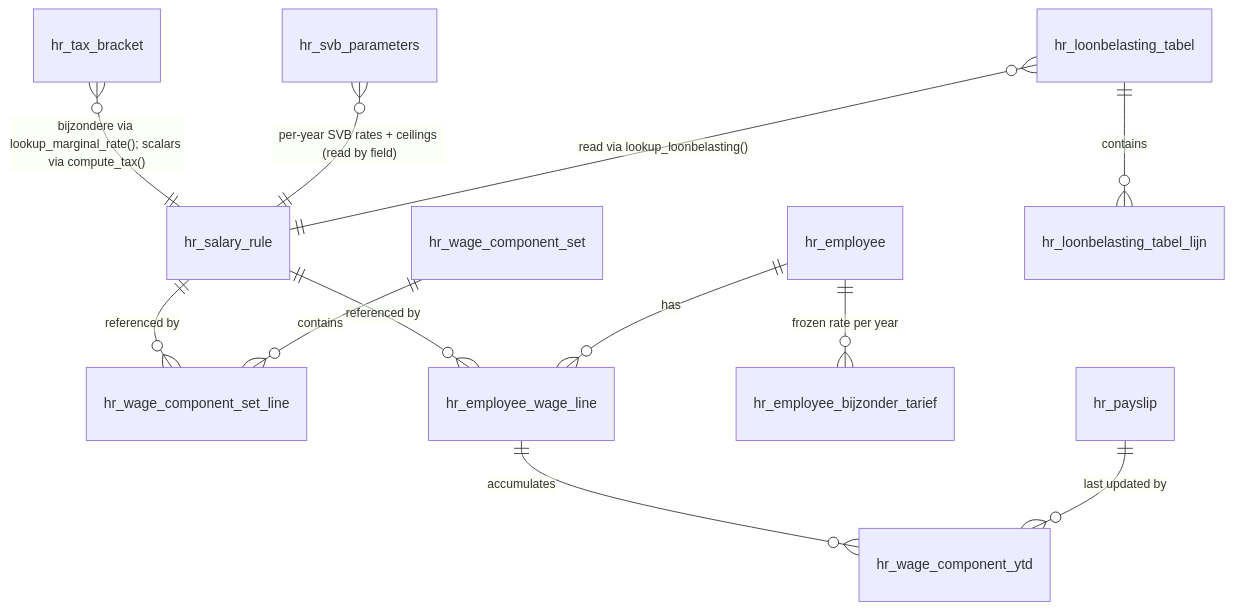
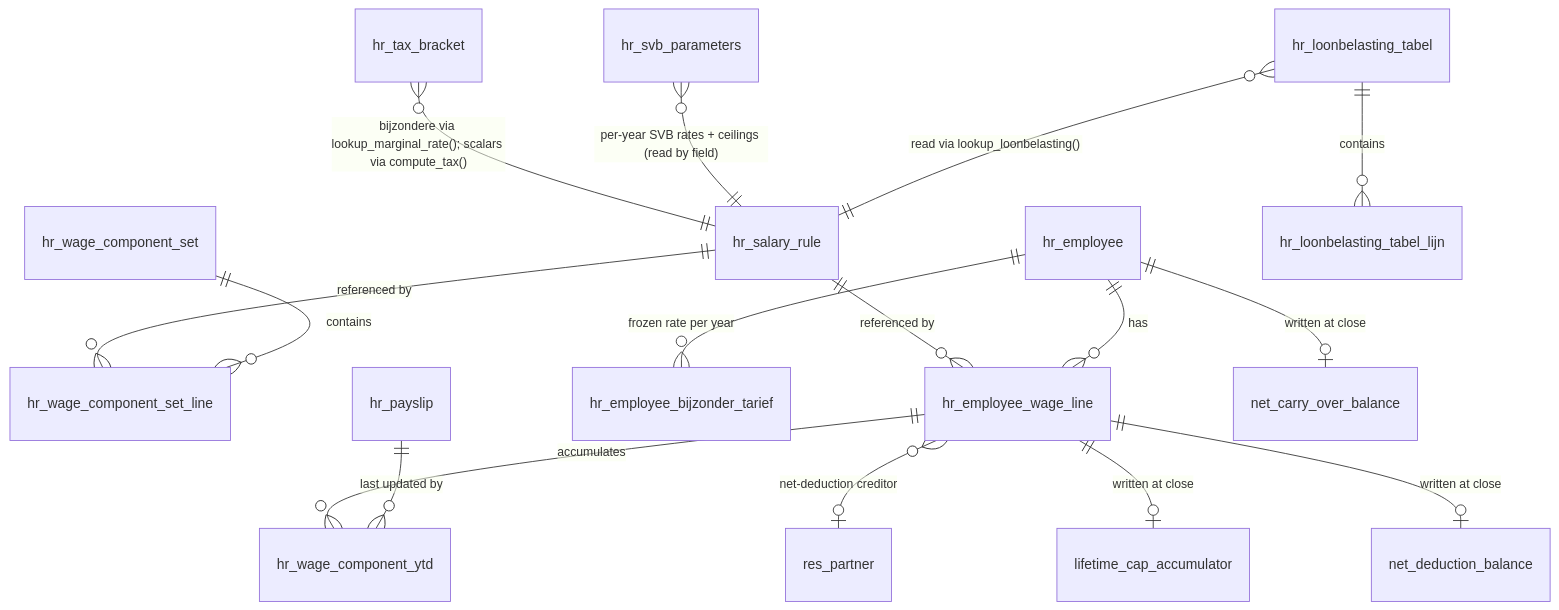
Before and after one commit to JohnRicardo1969/l10n_cw_hr_payrol: the second of 3 diagrams in _bmad-output/planning-artifacts/architecture/architecture-l10n_cw_hr_payrol-2026-06-25/ARCHITECTURE-SPINE.md, drawn with Mermaid. The commit also changed other lines of this file and 7 other files, not shown here.

````diff
--- a/_bmad-output/planning-artifacts/architecture/architecture-l10n_cw_hr_payrol-2026-06-25/ARCHITECTURE-SPINE.md
+++ b/_bmad-output/planning-artifacts/architecture/architecture-l10n_cw_hr_payrol-2026-06-25/ARCHITECTURE-SPINE.md
@@ -664,14 +976,19 @@
 ```mermaid
 erDiagram
     hr_salary_rule ||--o{ hr_wage_component_set_line : "referenced by"
     hr_salary_rule ||--o{ hr_employee_wage_line : "referenced by"
     hr_wage_component_set ||--o{ hr_wage_component_set_line : contains
     hr_employee ||--o{ hr_employee_wage_line : has
     hr_employee ||--o{ hr_employee_bijzonder_tarief : "frozen rate per year"
     hr_employee_wage_line ||--o{ hr_wage_component_ytd : accumulates
     hr_payslip ||--o{ hr_wage_component_ytd : "last updated by"
+    %% 2026-10-08: accumulator/balance entity names below are placeholders; model names are left to the stories
+    hr_employee_wage_line }o--o| res_partner : "net-deduction creditor"
+    hr_employee_wage_line ||--o| lifetime_cap_accumulator : "written at close"
+    hr_employee_wage_line ||--o| net_deduction_balance : "written at close"
+    hr_employee ||--o| net_carry_over_balance : "written at close"
     hr_tax_bracket }o--|| hr_salary_rule : "bijzondere via lookup_marginal_rate(); scalars via compute_tax()"
     hr_svb_parameters }o--|| hr_salary_rule : "per-year SVB rates + ceilings (read by field)"
     hr_loonbelasting_tabel ||--o{ hr_loonbelasting_tabel_lijn : contains
     hr_loonbelasting_tabel }o--|| hr_salary_rule : "read via lookup_loonbelasting()"
 ```
````
